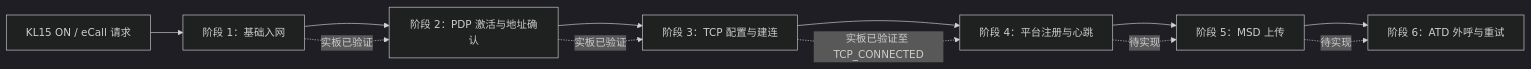
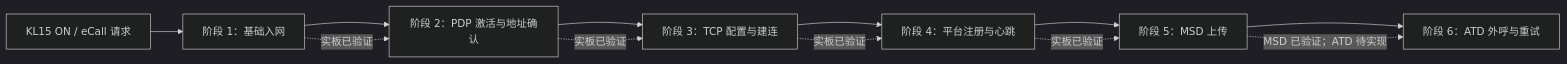
The first of 7 diagrams in docs/AC7600_TCPIP_SWIMLANE.md (xiaojunzhong123/eCall), drawn with Mermaid (dark theme) before and after one commit. The commit also changed other lines of this file and 10 other files, not shown here.

````diff
--- a/docs/AC7600_TCPIP_SWIMLANE.md
+++ b/docs/AC7600_TCPIP_SWIMLANE.md
@@ -14,15 +14,15 @@
 ```mermaid
 flowchart LR
     A[KL15 ON / eCall 请求] --> B[阶段 1：基础入网]
     B --> C[阶段 2：PDP 激活与地址确认]
     C --> D[阶段 3：TCP 配置与建连]
     D --> E[阶段 4：平台注册与心跳]
     E --> F[阶段 5：MSD 上传]
     F --> G[阶段 6：ATD 外呼与重试]
 
     B -.实板已验证.-> C
     C -.实板已验证.-> D
-    D -.实板已验证至 TCP_CONNECTED.-> E
-    E -.待实现.-> F
-    F -.待实现.-> G
+    D -.实板已验证.-> E
+    E -.实板已验证.-> F
+    F -.MSD 已验证；ATD 待实现.-> G
 ```
````
